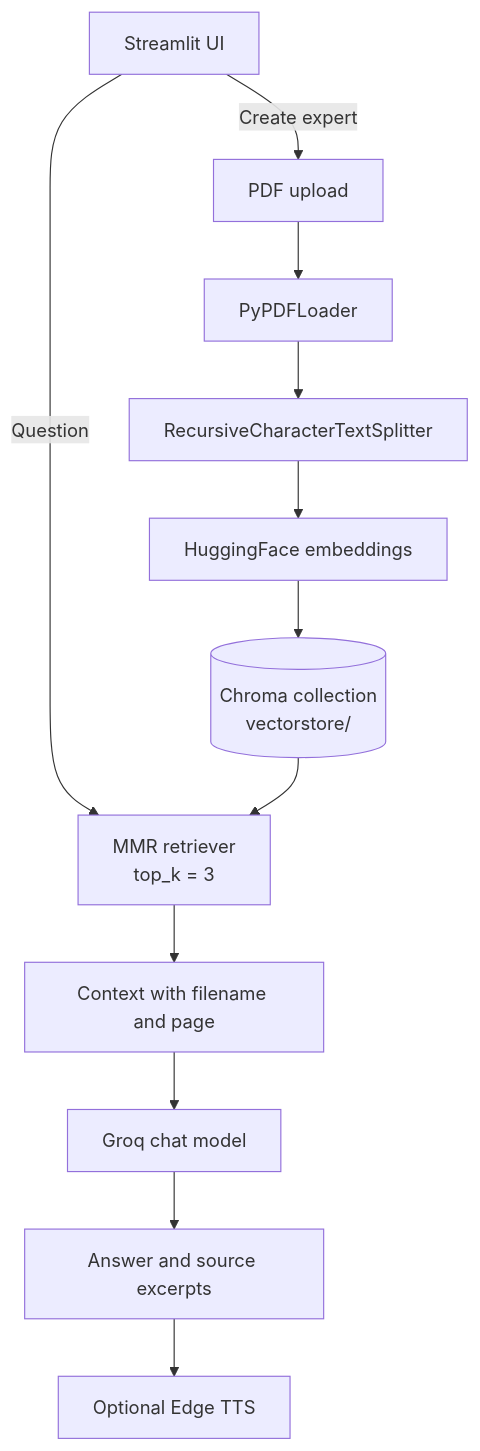
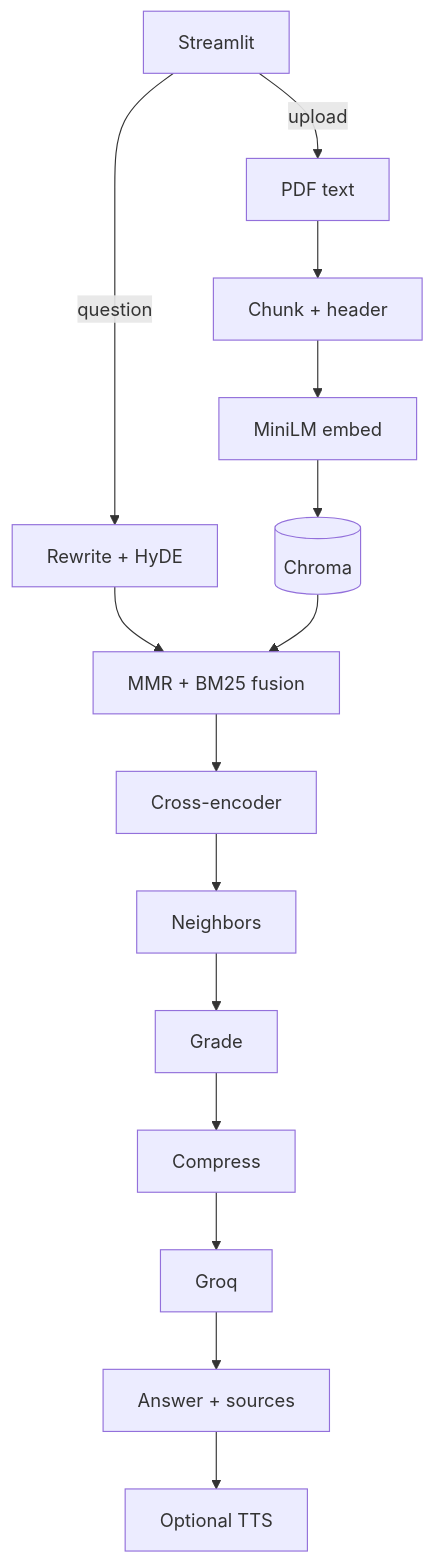
One commit to yousefattaff/RAG-AI-Agent changed the diagram in README.md. Above: the diagram before and after it, drawn with Mermaid. The commit also changed other lines of this file and 12 other files, not shown here.

````diff
--- a/README.md
+++ b/README.md
@@ -27,14 +40,17 @@
 ```mermaid
 flowchart TD
-    A[Streamlit UI] -->|Create expert| B[PDF upload]
-    B --> C[PyPDFLoader]
-    C --> D[RecursiveCharacterTextSplitter]
-    D --> E[HuggingFace embeddings]
-    E --> F[(Chroma collection<br/>vectorstore/)]
-    A -->|Question| G[MMR retriever<br/>top_k = 3]
-    F --> G
-    G --> H[Context with filename and page]
-    H --> I[Groq chat model]
-    I --> J[Answer and source excerpts]
-    J --> K[Optional Edge TTS]
+    A[Streamlit] -->|upload| B[PDF text]
+    B --> C[Chunk + header]
+    C --> D[MiniLM embed]
+    D --> E[(Chroma)]
+    A -->|question| Q[Rewrite + HyDE]
+    Q --> G[MMR + BM25 fusion]
+    E --> G
+    G --> R[Cross-encoder]
+    R --> N[Neighbors]
+    N --> CR[Grade]
+    CR --> H[Compress]
+    H --> I[Groq]
+    I --> J[Answer + sources]
+    J --> K[Optional TTS]
 ```
````
